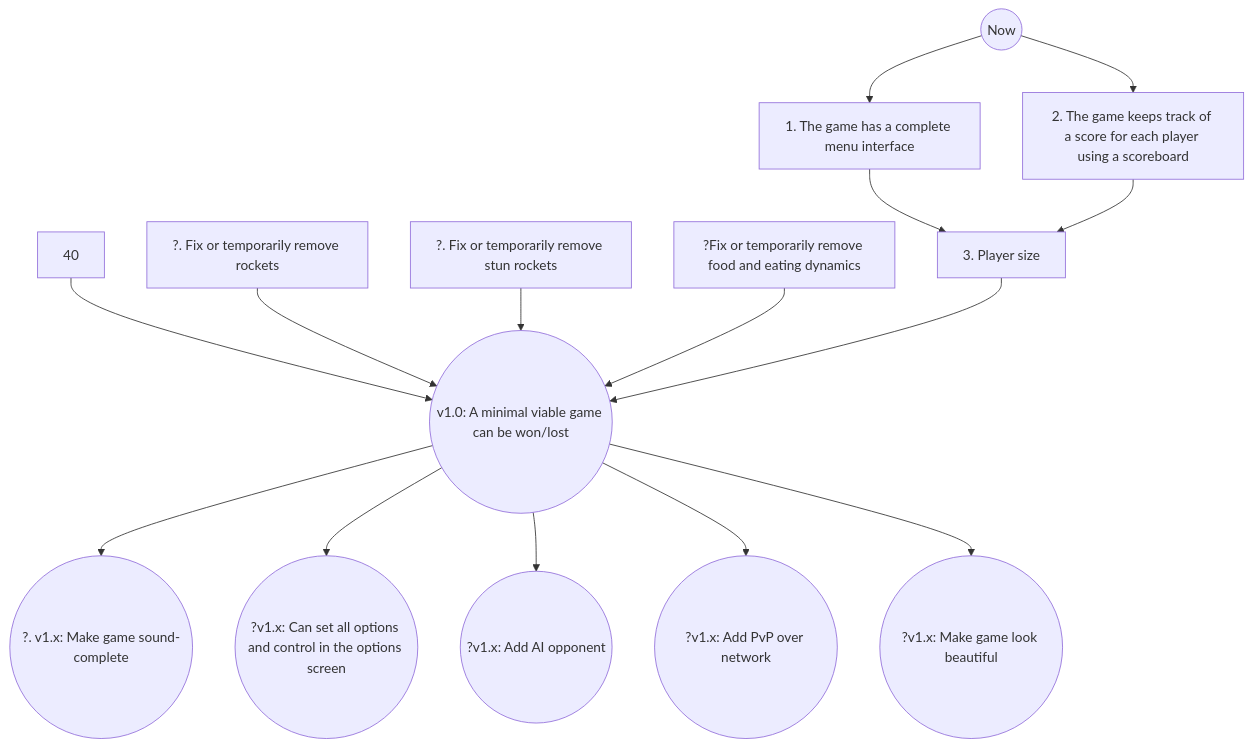
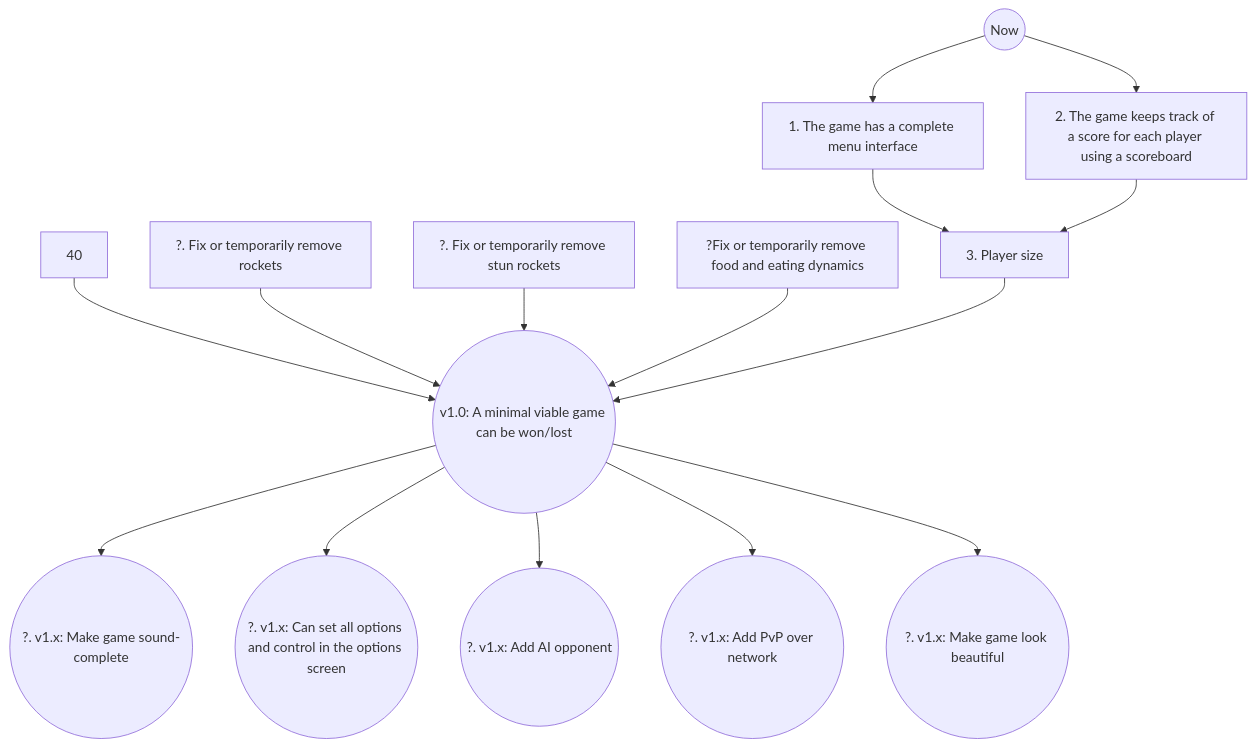
The diagram in doc/roadmap.md (tresinformal/drakkar), drawn with Mermaid before and after one commit.

````diff
--- a/doc/roadmap.md
+++ b/doc/roadmap.md
@@ -3,17 +3,17 @@
 ```mermaid
 graph TD;
     0((Now))-->10[1. The game has a complete menu interface];
     0-->20[2. The game keeps track of a score for each player using a scoreboard]
     10-->30[3. Player size]
     20-->30
     40-->100
     50[?. Fix or temporarily remove rockets]-->100
     60[?. Fix or temporarily remove stun rockets]-->100
     70[?Fix or temporarily remove food and eating dynamics]-->100
     30-->100((v1.0: A minimal viable game can be won/lost))
     100-->200((?. v1.x: Make game sound-complete))
-    100-->300((?v1.x: Can set all options and control in the options screen))
-    100-->400((?v1.x: Add AI opponent))
-    100-->500((?v1.x: Add PvP over network))
-    100-->600((?v1.x: Make game look beautiful))
+    100-->300((?. v1.x: Can set all options and control in the options screen))
+    100-->400((?. v1.x: Add AI opponent))
+    100-->500((?. v1.x: Add PvP over network))
+    100-->600((?. v1.x: Make game look beautiful))
 ```
````
